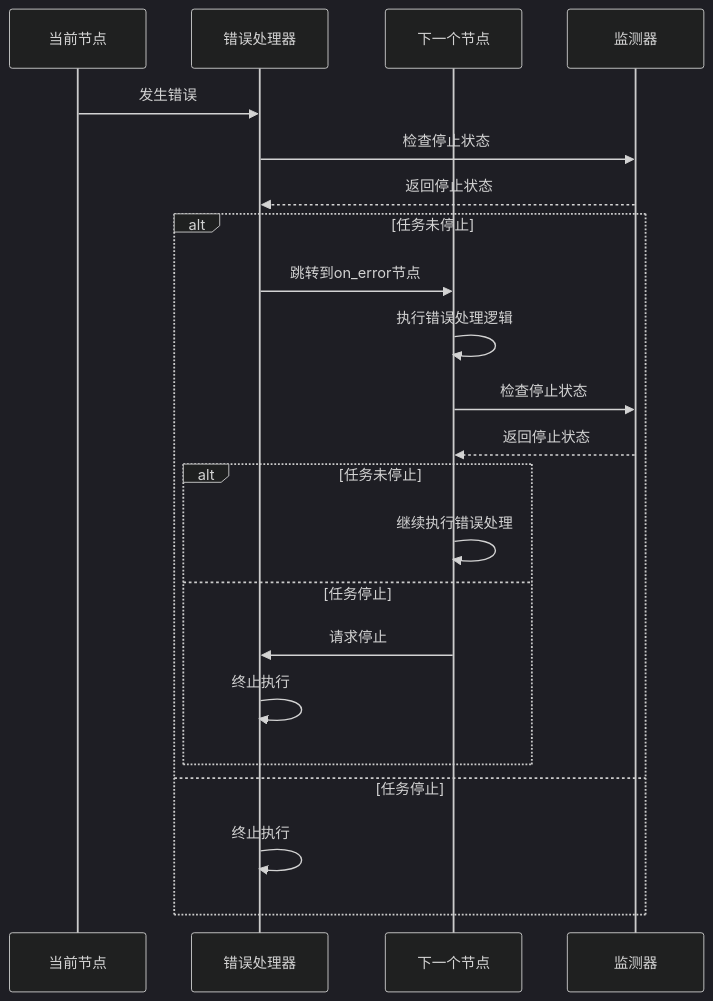
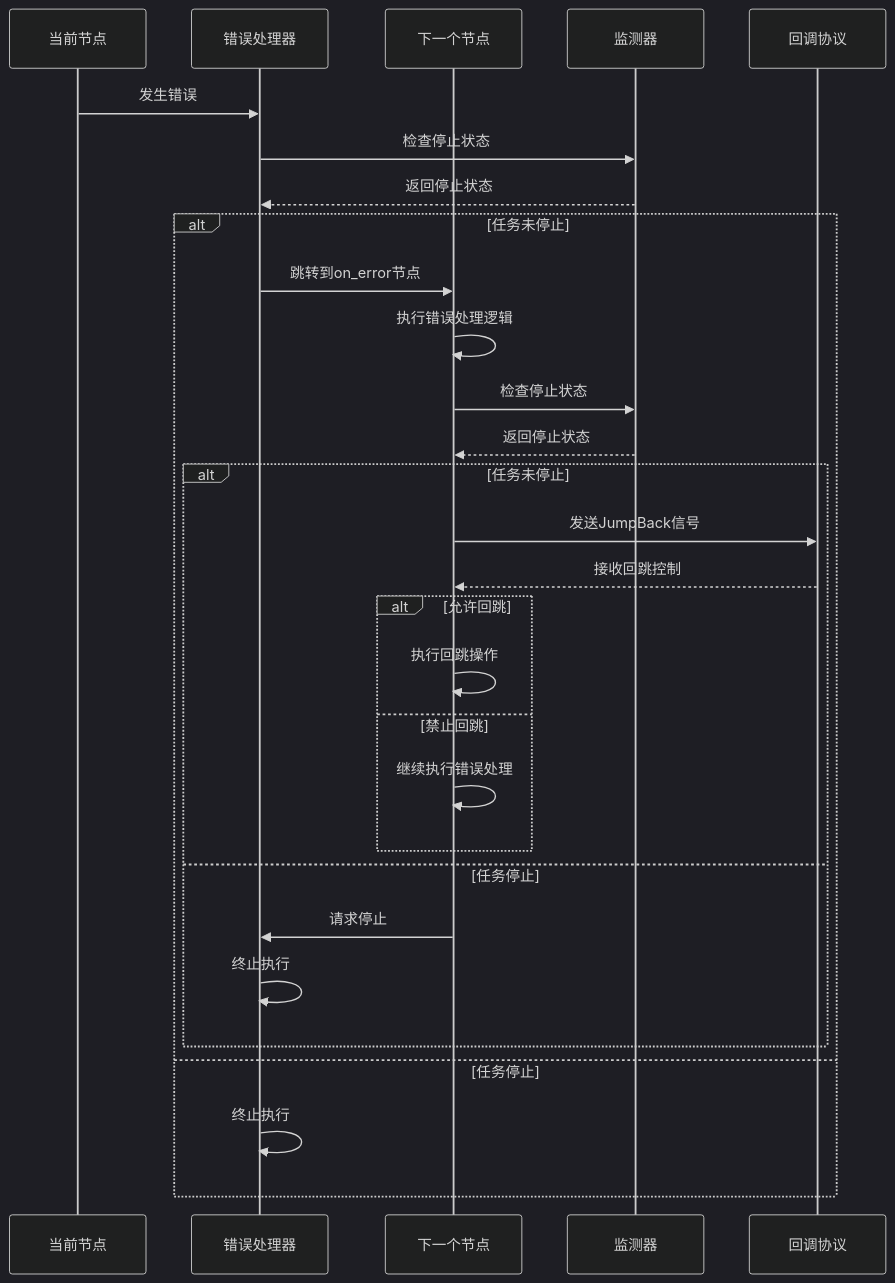
The fourth of 6 diagrams in .qoder/repowiki/zh/content/系统架构与设计/任务流水线架构/流水线执行引擎机制/终止条件与错误处理.md (kqcoxn/MaaDuDuL), drawn with Mermaid (dark theme) before and after one commit. The commit also changed other lines of this file and 9 other files, not shown here.

````diff
--- a/.qoder/repowiki/zh/content/系统架构与设计/任务流水线架构/流水线执行引擎机制/终止条件与错误处理.md
+++ b/.qoder/repowiki/zh/content/系统架构与设计/任务流水线架构/流水线执行引擎机制/终止条件与错误处理.md
@@ -184,24 +241,31 @@
 ```mermaid
 sequenceDiagram
 participant Node as 当前节点
 participant ErrorHandler as 错误处理器
 participant NextNode as 下一个节点
 participant Monitor as 监测器
+participant Callback as 回调协议
 Node->>ErrorHandler : 发生错误
 ErrorHandler->>Monitor : 检查停止状态
 Monitor-->>ErrorHandler : 返回停止状态
 alt 任务未停止
 ErrorHandler->>NextNode : 跳转到on_error节点
 NextNode->>NextNode : 执行错误处理逻辑
 NextNode->>Monitor : 检查停止状态
 Monitor-->>NextNode : 返回停止状态
 alt 任务未停止
+NextNode->>Callback : 发送JumpBack信号
+Callback-->>NextNode : 接收回跳控制
+alt 允许回跳
+NextNode->>NextNode : 执行回跳操作
+else 禁止回跳
 NextNode->>NextNode : 继续执行错误处理
+end
 else 任务停止
 NextNode->>ErrorHandler : 请求停止
 ErrorHandler->>ErrorHandler : 终止执行
 end
 else 任务停止
 ErrorHandler->>ErrorHandler : 终止执行
 end
 ```
````
